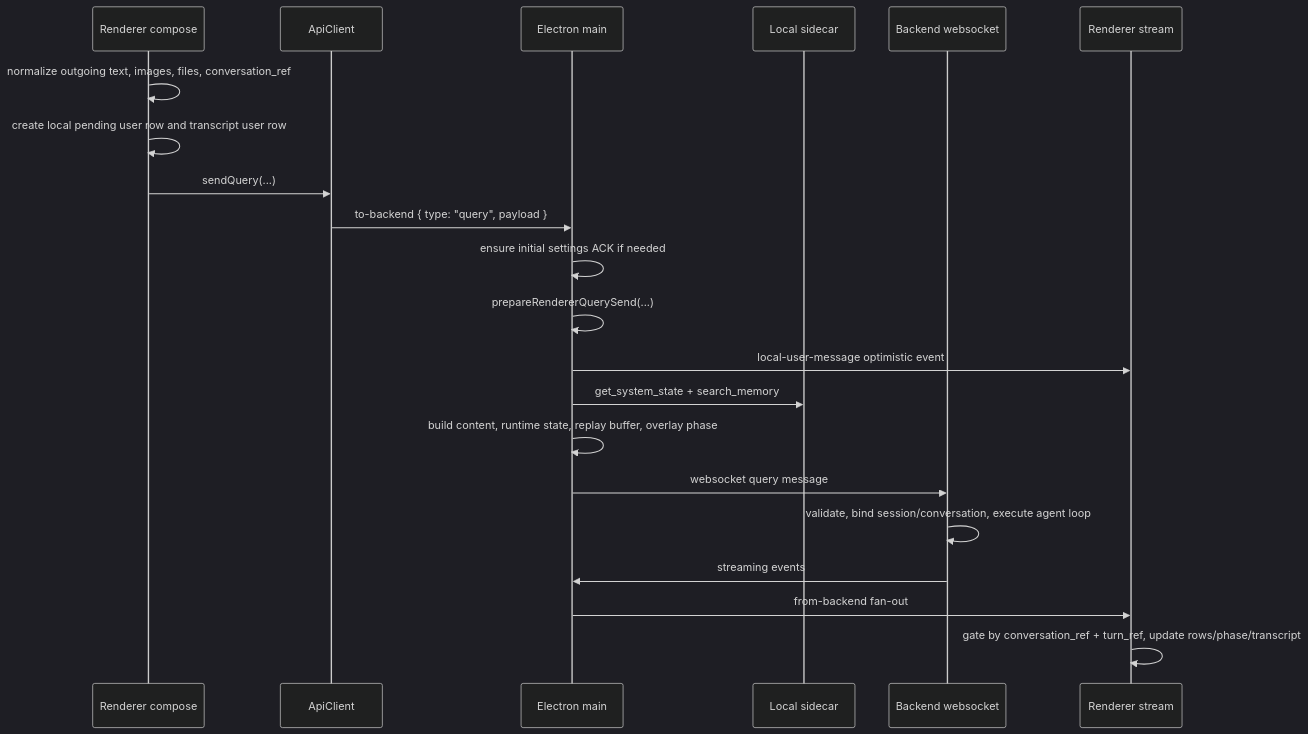
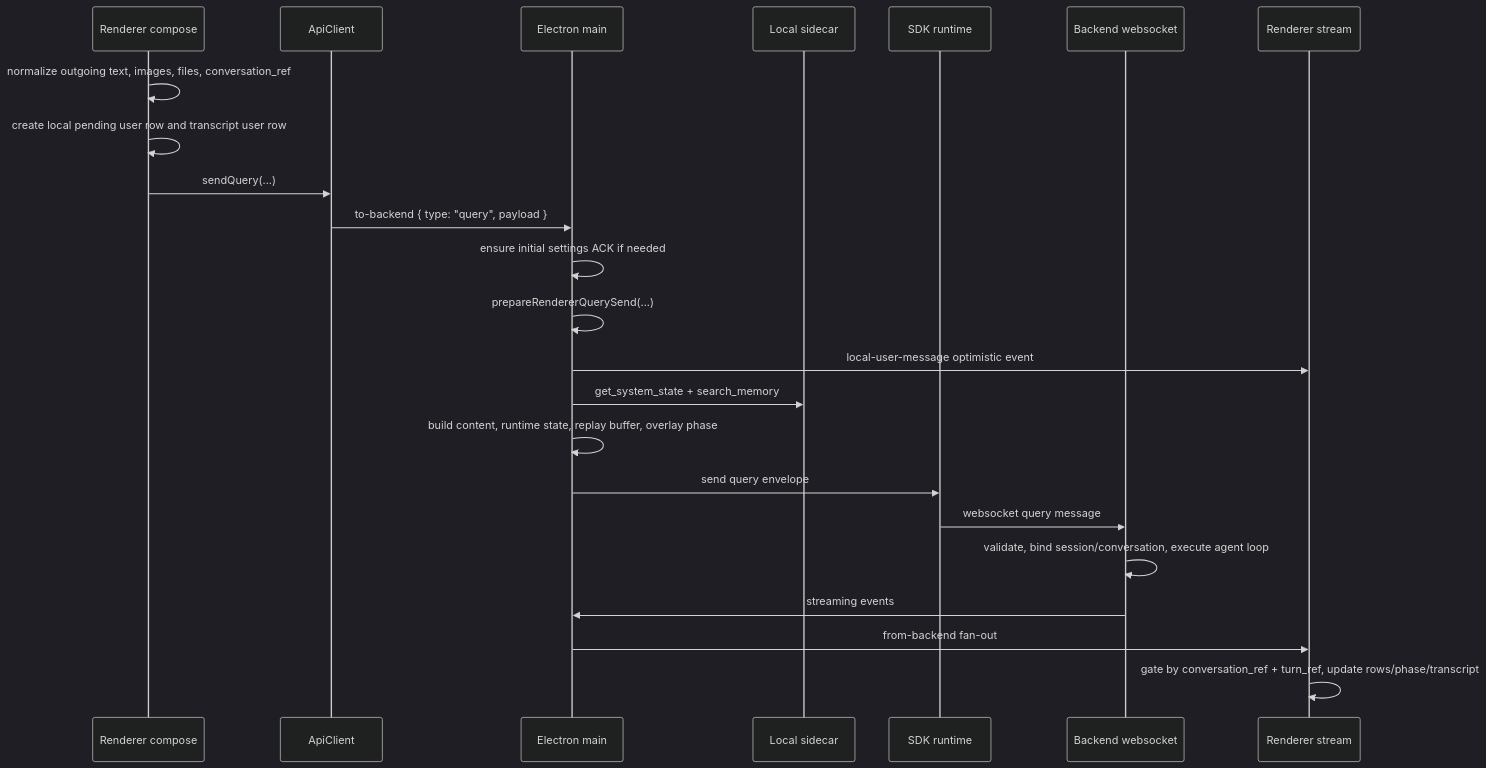
The diagram in docs/frontend/main/query_send_and_stream_relay_change_workflow.md (buiilding/My_Own_OpenClaw), drawn with Mermaid (dark theme) before and after one commit. The commit also changed other lines of this file and 10 other files, not shown here.

````diff
--- a/docs/frontend/main/query_send_and_stream_relay_change_workflow.md
+++ b/docs/frontend/main/query_send_and_stream_relay_change_workflow.md
@@ -54,24 +55,26 @@
 ```mermaid
 sequenceDiagram
     participant R as Renderer compose
     participant A as ApiClient
     participant M as Electron main
     participant L as Local sidecar
+    participant SDK as SDK runtime
     participant B as Backend websocket
     participant S as Renderer stream
 
     R->>R: normalize outgoing text, images, files, conversation_ref
     R->>R: create local pending user row and transcript user row
     R->>A: sendQuery(...)
     A->>M: to-backend { type: "query", payload }
     M->>M: ensure initial settings ACK if needed
     M->>M: prepareRendererQuerySend(...)
     M->>S: local-user-message optimistic event
     M->>L: get_system_state + search_memory
     M->>M: build content, runtime state, replay buffer, overlay phase
-    M->>B: websocket query message
+    M->>SDK: send query envelope
+    SDK->>B: websocket query message
     B->>B: validate, bind session/conversation, execute agent loop
     B->>M: streaming events
     M->>S: from-backend fan-out
     S->>S: gate by conversation_ref + turn_ref, update rows/phase/transcript
 ```
````
